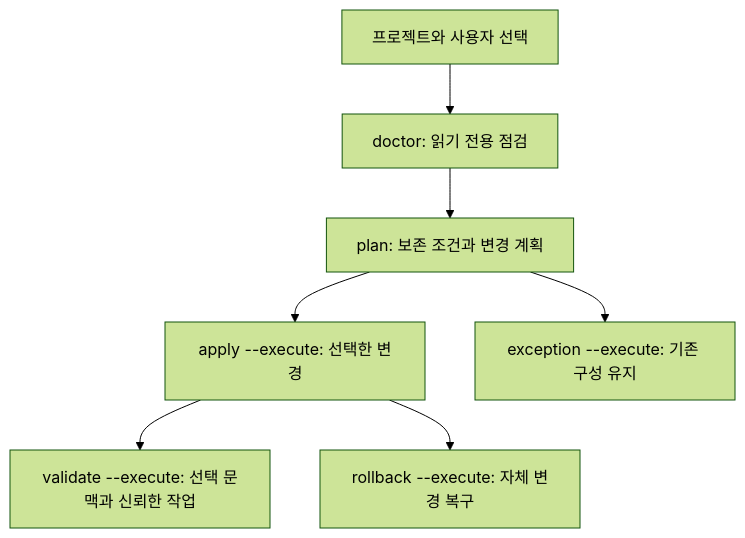
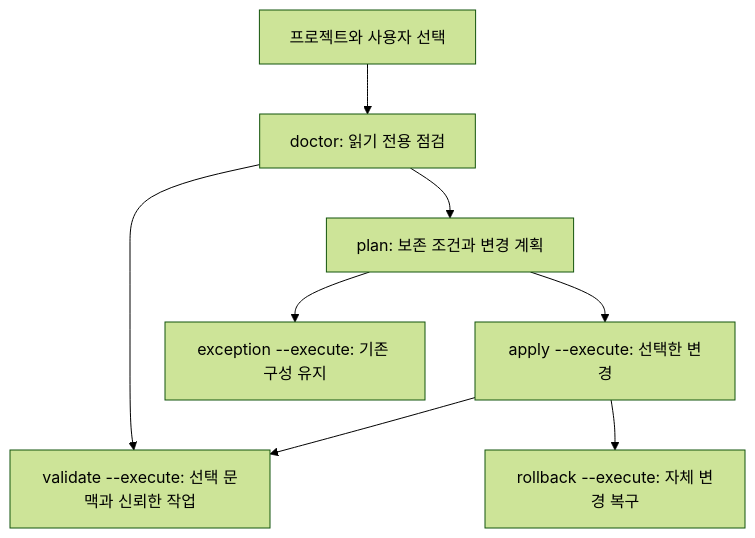
Before and after one commit to tttaliesin/windows-agent-devkit: the diagram in docs/plugin-scope.md, drawn with Mermaid (forest theme). The commit also changed other lines of this file and 38 other files, not shown here.

````diff
--- a/docs/plugin-scope.md
+++ b/docs/plugin-scope.md
@@ -75,9 +81,10 @@
 ```mermaid
 flowchart TB
     Input["프로젝트와 사용자 선택"] --> Read["doctor: 읽기 전용 점검"]
     Read --> Plan["plan: 보존 조건과 변경 계획"]
+    Read --> Validate["validate --execute: 선택 문맥과 신뢰한 작업"]
     Plan --> Apply["apply --execute: 선택한 변경"]
     Plan --> Keep["exception --execute: 기존 구성 유지"]
-    Apply --> Validate["validate --execute: 선택 문맥과 신뢰한 작업"]
+    Apply --> Validate
     Apply --> Rollback["rollback --execute: 자체 변경 복구"]
 ```
````
